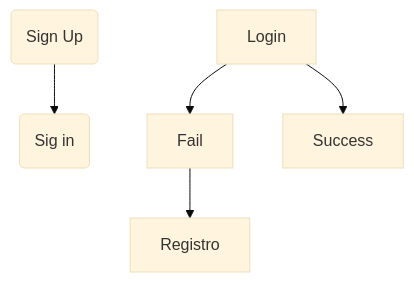
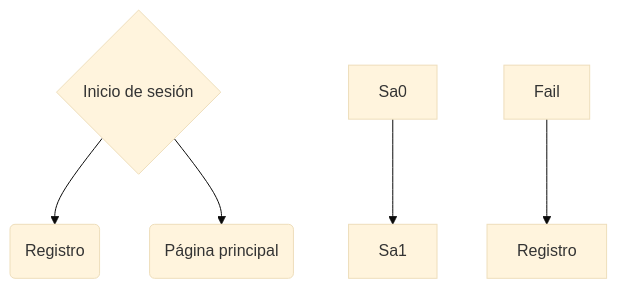
The diagram in Practicas_de_Intro_a_Frontend/requerimientos.md (jonathanahf/Mission-FrontEnd), drawn with Mermaid (base theme) before and after one commit.

Commit message:
Cambios avance1

````diff
--- a/Practicas_de_Intro_a_Frontend/requerimientos.md
+++ b/Practicas_de_Intro_a_Frontend/requerimientos.md
@@ -58,10 +58,11 @@
 ```mermaid
 graph TD;
-    Sa0(Sign Up)
-    Sa1(Sig in)
+    sa0(Registro)
+    sa1{Inicio de sesión}
+    sa2(Página principal)
     Sa0-->Sa1;
-    Login-->Fail;
-    Login-->Success;
+    sa1-->sa0;
+    sa1-->sa2;
     Fail-->Registro;
     
 ```
````
